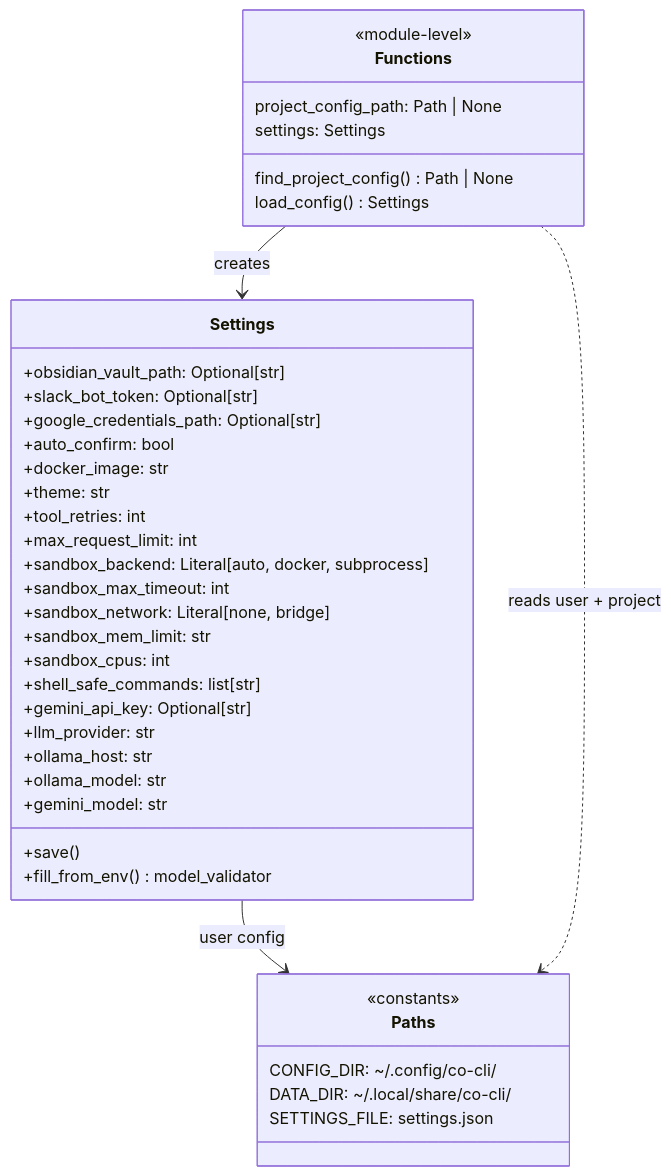
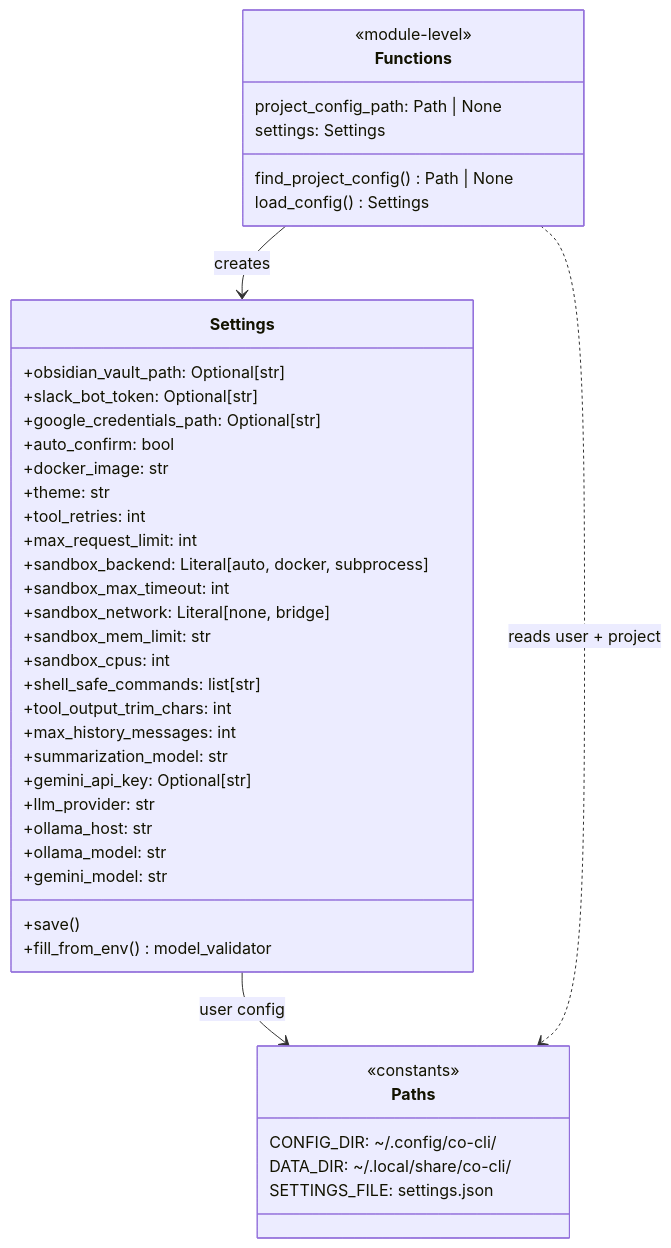
The fifth of 10 diagrams in docs/DESIGN-co-cli.md (binlecode/co-cli), drawn with Mermaid before and after one commit. The commit also changed other lines of this file and 17 other files, not shown here.

````diff
--- a/docs/DESIGN-co-cli.md
+++ b/docs/DESIGN-co-cli.md
@@ -325,45 +325,48 @@
 ```mermaid
 classDiagram
     class Settings {
         +obsidian_vault_path: Optional[str]
         +slack_bot_token: Optional[str]
         +google_credentials_path: Optional[str]
         +auto_confirm: bool
         +docker_image: str
         +theme: str
         +tool_retries: int
         +max_request_limit: int
         +sandbox_backend: Literal[auto, docker, subprocess]
         +sandbox_max_timeout: int
         +sandbox_network: Literal[none, bridge]
         +sandbox_mem_limit: str
         +sandbox_cpus: int
         +shell_safe_commands: list[str]
+        +tool_output_trim_chars: int
+        +max_history_messages: int
+        +summarization_model: str
         +gemini_api_key: Optional[str]
         +llm_provider: str
         +ollama_host: str
         +ollama_model: str
         +gemini_model: str
         +save()
         +fill_from_env() model_validator
     }
 
     class Paths {
         <<constants>>
         CONFIG_DIR: ~/.config/co-cli/
         DATA_DIR: ~/.local/share/co-cli/
         SETTINGS_FILE: settings.json
     }
 
     class Functions {
         <<module-level>>
         find_project_config() Path | None
         load_config() Settings
         project_config_path: Path | None
         settings: Settings
     }
 
     Settings --> Paths : user config
     Functions --> Settings : creates
     Functions ..> Paths : reads user + project
 ```
````
